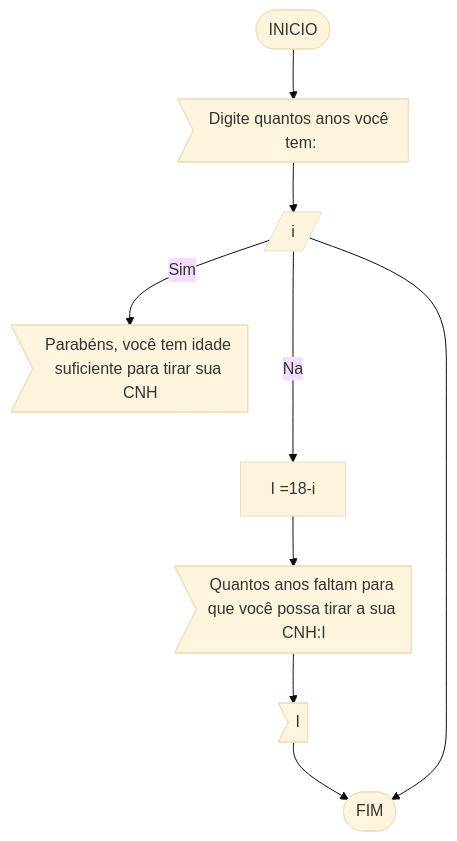
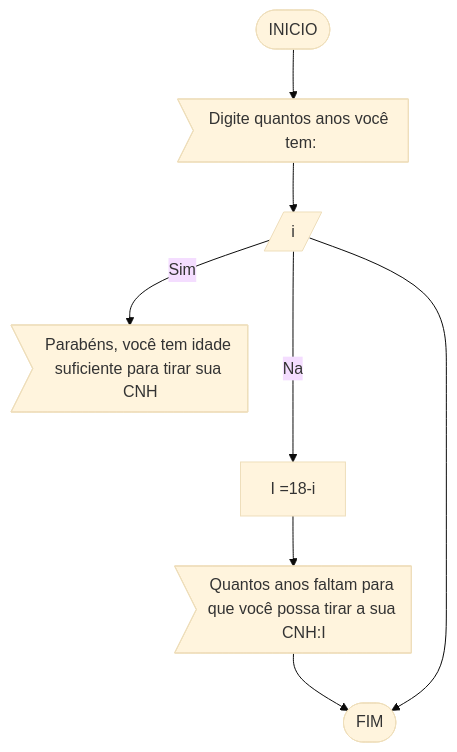
Before and after one commit to angelomendonca0601/unifor: the third of 3 diagrams in RLA/lista1.md, drawn with Mermaid (base theme).

````diff
--- a/RLA/lista1.md
+++ b/RLA/lista1.md
@@ -73,12 +73,11 @@
 ```mermaid
 flowchart TD
 id1([INICIO]) --> id2>Digite quantos anos você tem:]
 id2 --> id3[/i/]
 id3 -- Sim--> id4>Parabéns, você tem idade suficiente para tirar sua CNH]
 id3 -- Nao--> id5[I =18-i]
 id5 --> id6>Quantos anos faltam para que você possa tirar a sua CNH:I]
-id6--> id7>I]
-id7-->id([FIM])
+id6-->id([FIM])
 id3 -->id([FIM])
 
 ```
````
